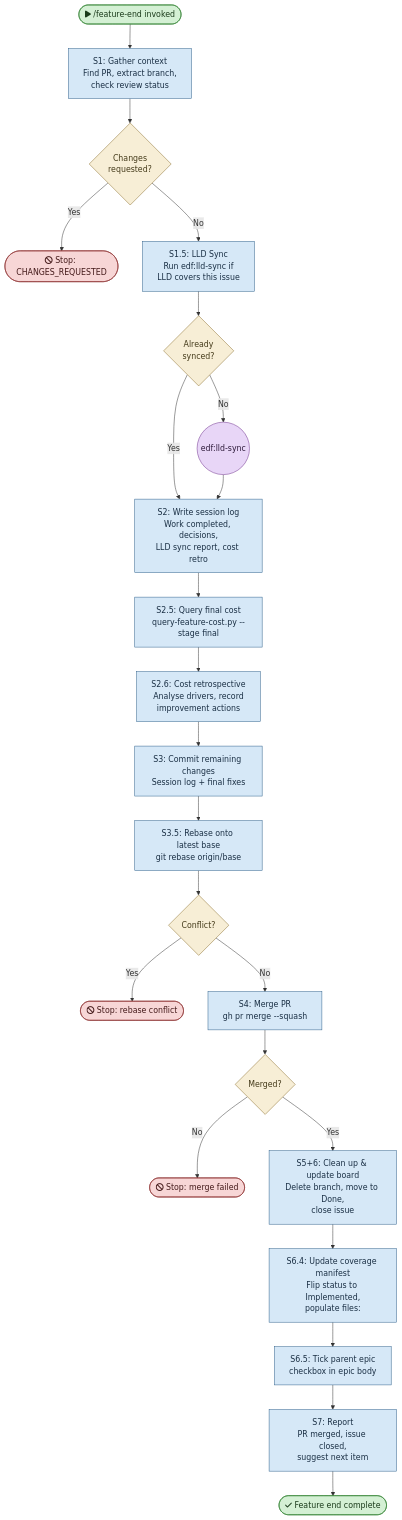
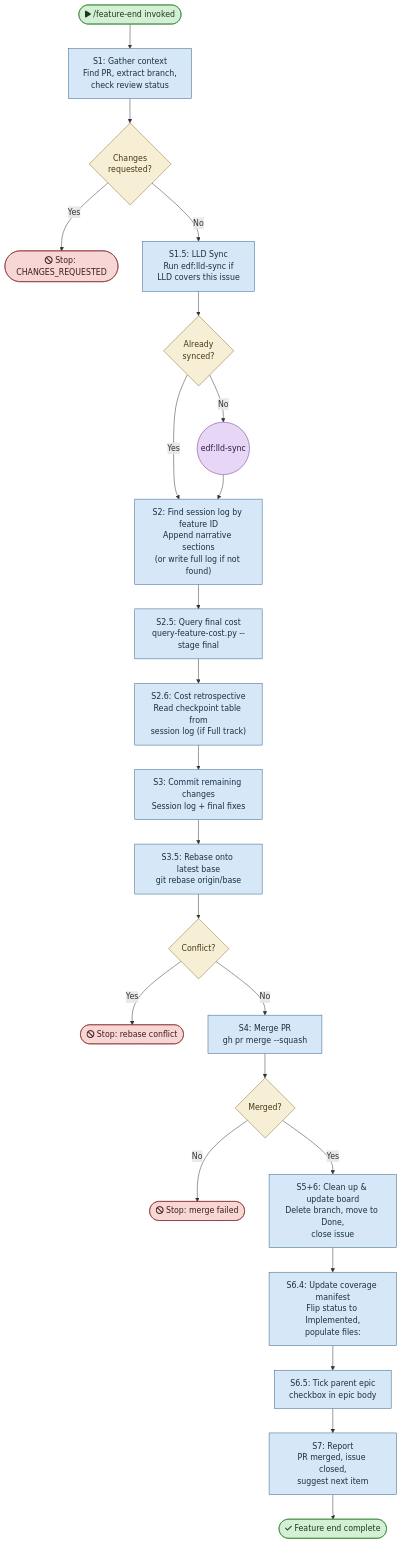
Before and after one commit to mironyx/engineering-delivery-framework: the diagram in plugins/edf/skills/feature-end/flowchart.md, drawn with Mermaid. The commit also changed other lines of this file and 5 other files, not shown here.

First line of the commit message:
@ feat: incremental session logging with feature-ID filenames (ADR-0037)

````diff
--- a/plugins/edf/skills/feature-end/flowchart.md
+++ b/plugins/edf/skills/feature-end/flowchart.md
@@ -5,46 +5,46 @@
 ```mermaid
 flowchart TD
     START(["fa:fa-play /feature-end invoked"]) --> S1
 
     S1["S1: Gather context<br/>Find PR, extract branch,<br/>check review status"] --> S1_CHK{"Changes<br/>requested?"}
     S1_CHK -->|"Yes"| STOP_REVIEW(["fa:fa-ban Stop: CHANGES_REQUESTED"])
     S1_CHK -->|"No"| S1_5
 
     S1_5["S1.5: LLD Sync<br/>Run edf:lld-sync if<br/>LLD covers this issue"] --> S1_5_CHK{"Already<br/>synced?"}
     S1_5_CHK -->|"Yes"| S2
     S1_5_CHK -->|"No"| S1_5_RUN(("edf:lld-sync"))
     S1_5_RUN --> S2
 
-    S2["S2: Write session log<br/>Work completed, decisions,<br/>LLD sync report, cost retro"] --> S2_5["S2.5: Query final cost<br/>query-feature-cost.py --stage final"]
-    S2_5 --> S2_6["S2.6: Cost retrospective<br/>Analyse drivers, record<br/>improvement actions"]
+    S2["S2: Find session log by feature ID<br/>Append narrative sections<br/>(or write full log if not found)"] --> S2_5["S2.5: Query final cost<br/>query-feature-cost.py --stage final"]
+    S2_5 --> S2_6["S2.6: Cost retrospective<br/>Read checkpoint table from<br/>session log (if Full track)"]
 
     S2_6 --> S3["S3: Commit remaining changes<br/>Session log + final fixes"]
     S3 --> S3_5["S3.5: Rebase onto latest base<br/>git rebase origin/base"]
     S3_5 --> S3_5_CHK{"Conflict?"}
     S3_5_CHK -->|"Yes"| STOP_CONFLICT(["fa:fa-ban Stop: rebase conflict"])
     S3_5_CHK -->|"No"| S4
 
     S4["S4: Merge PR<br/>gh pr merge --squash"] --> S4_CHK{"Merged?"}
     S4_CHK -->|"No"| STOP_MERGE(["fa:fa-ban Stop: merge failed"])
     S4_CHK -->|"Yes"| S5
 
     S5["S5+6: Clean up & update board<br/>Delete branch, move to Done,<br/>close issue"] --> S6_4["S6.4: Update coverage manifest<br/>Flip status to Implemented,<br/>populate files:"]
     S6_4 --> S6_5["S6.5: Tick parent epic<br/>checkbox in epic body"]
 
     S6_5 --> S7["S7: Report<br/>PR merged, issue closed,<br/>suggest next item"]
 
     S7 --> DONE(["fa:fa-check Feature end complete"])
 
     %% ── Styles ──
     classDef startend fill:#d4f0d4,stroke:#2d7d2d,color:#1a3a1a
     classDef process fill:#d6e8f7,stroke:#2d5f8a,color:#1a2f44
     classDef agent fill:#e8d6f7,stroke:#6b2d8a,color:#2d1a3a
     classDef decision fill:#f7eed6,stroke:#8a6d2d,color:#443a1a
     classDef stop fill:#f7d6d6,stroke:#8a2d2d,color:#441a1a
 
     class START,DONE startend
     class S1,S1_5,S2,S2_5,S2_6,S3,S3_5,S4,S5,S6_4,S6_5,S7 process
     class S1_5_RUN agent
     class S1_CHK,S1_5_CHK,S3_5_CHK,S4_CHK decision
     class STOP_REVIEW,STOP_CONFLICT,STOP_MERGE stop
 ```
````
